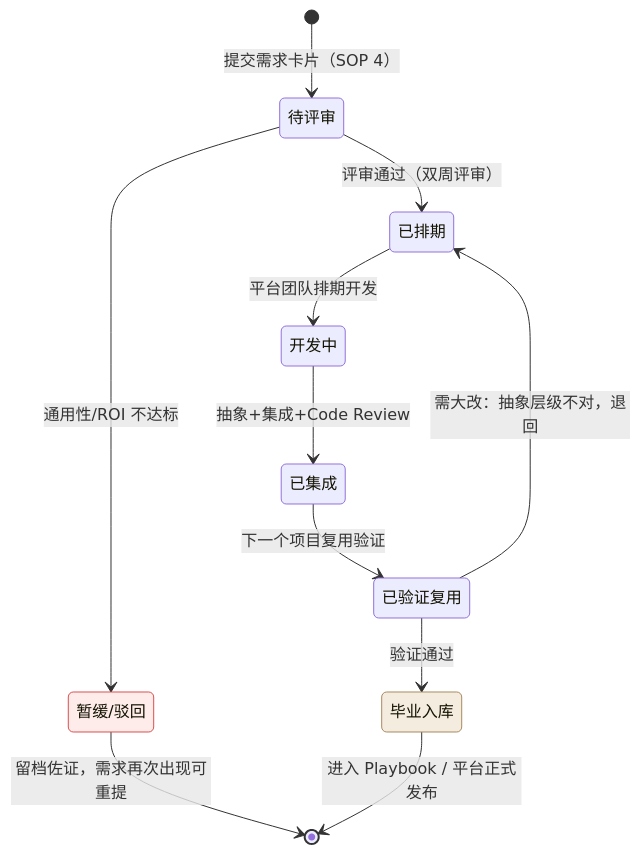
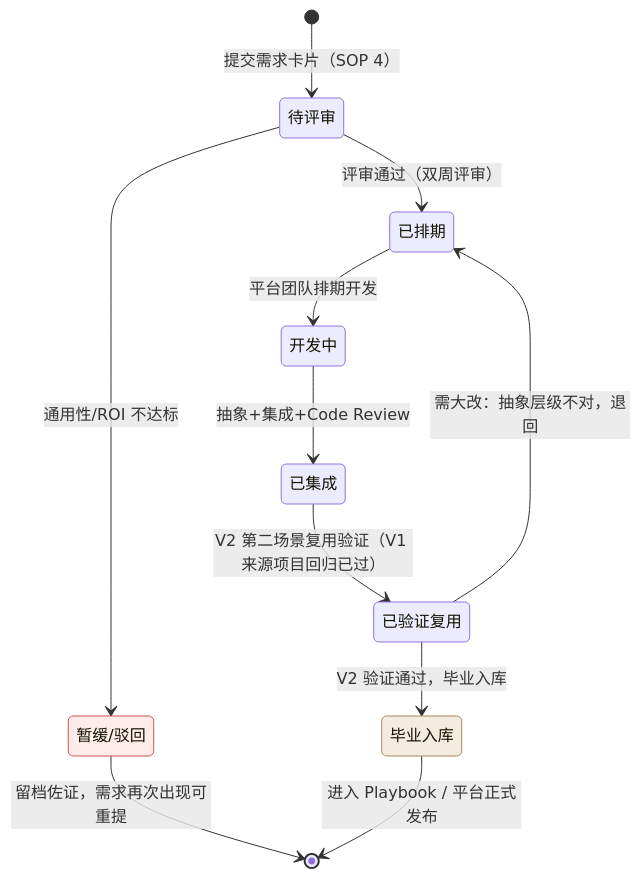
Before and after one commit to cloudzun/fde-course: the third of 4 diagrams in textbook/第09章_能力回注方法论.md, drawn with Mermaid. The commit also changed other lines of this file and 21 other files, not shown here.

````diff
--- a/textbook/第09章_能力回注方法论.md
+++ b/textbook/第09章_能力回注方法论.md
@@ -117,26 +131,26 @@
 ```mermaid
 stateDiagram-v2
     Pending: 待评审
     Scheduled: 已排期
     Developing: 开发中
     Integrated: 已集成
     Verified: 已验证复用
     Graduated: 毕业入库
     Rejected: 暂缓/驳回
 
     [*] --> Pending: 提交需求卡片（SOP 4）
     Pending --> Scheduled: 评审通过（双周评审）
     Pending --> Rejected: 通用性/ROI 不达标
     Rejected --> [*]: 留档佐证，需求再次出现可重提
     Scheduled --> Developing: 平台团队排期开发
     Developing --> Integrated: 抽象+集成+Code Review
-    Integrated --> Verified: 下一个项目复用验证
-    Verified --> Graduated: 验证通过
+    Integrated --> Verified: V2 第二场景复用验证（V1 来源项目回归已过）
+    Verified --> Graduated: V2 验证通过，毕业入库
     Graduated --> [*]: 进入 Playbook / 平台正式发布
     Verified --> Scheduled: 需大改：抽象层级不对，退回
 
     classDef done fill:#f5ece0,stroke:#a8895f
     classDef bad fill:#fdecea,stroke:#d94f4f
     class Graduated done
     class Rejected bad
 ```
````
